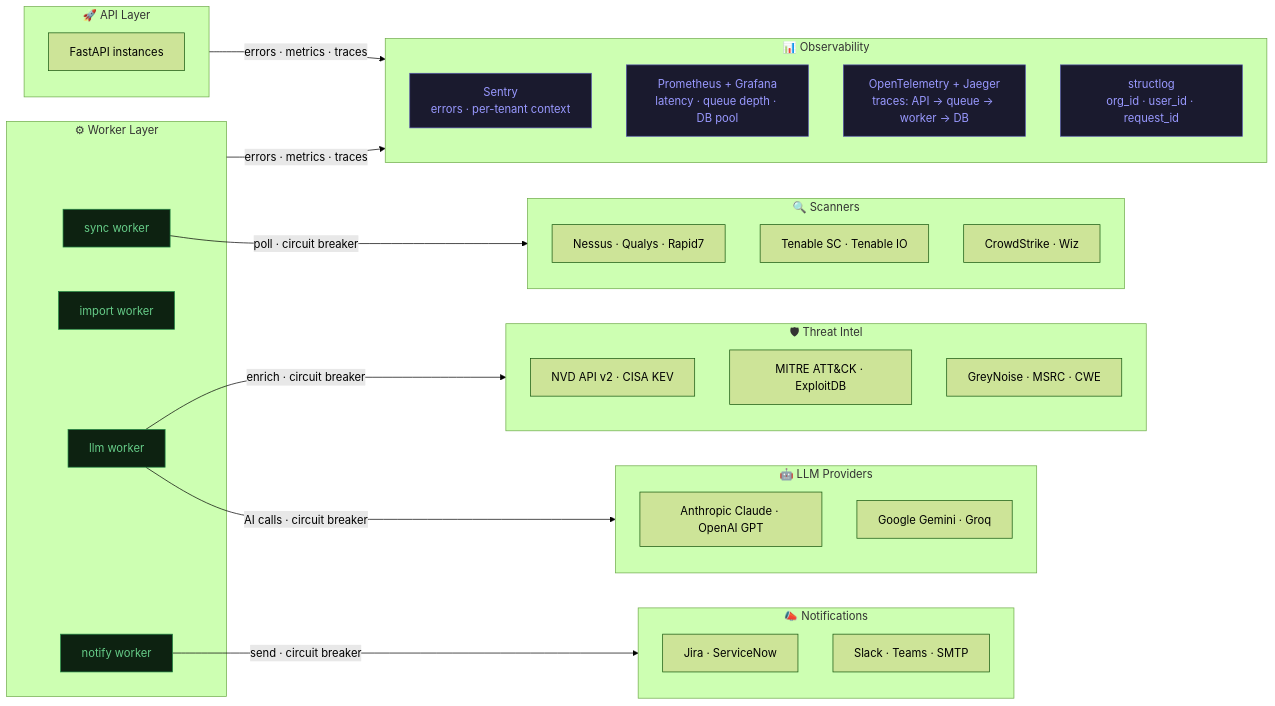
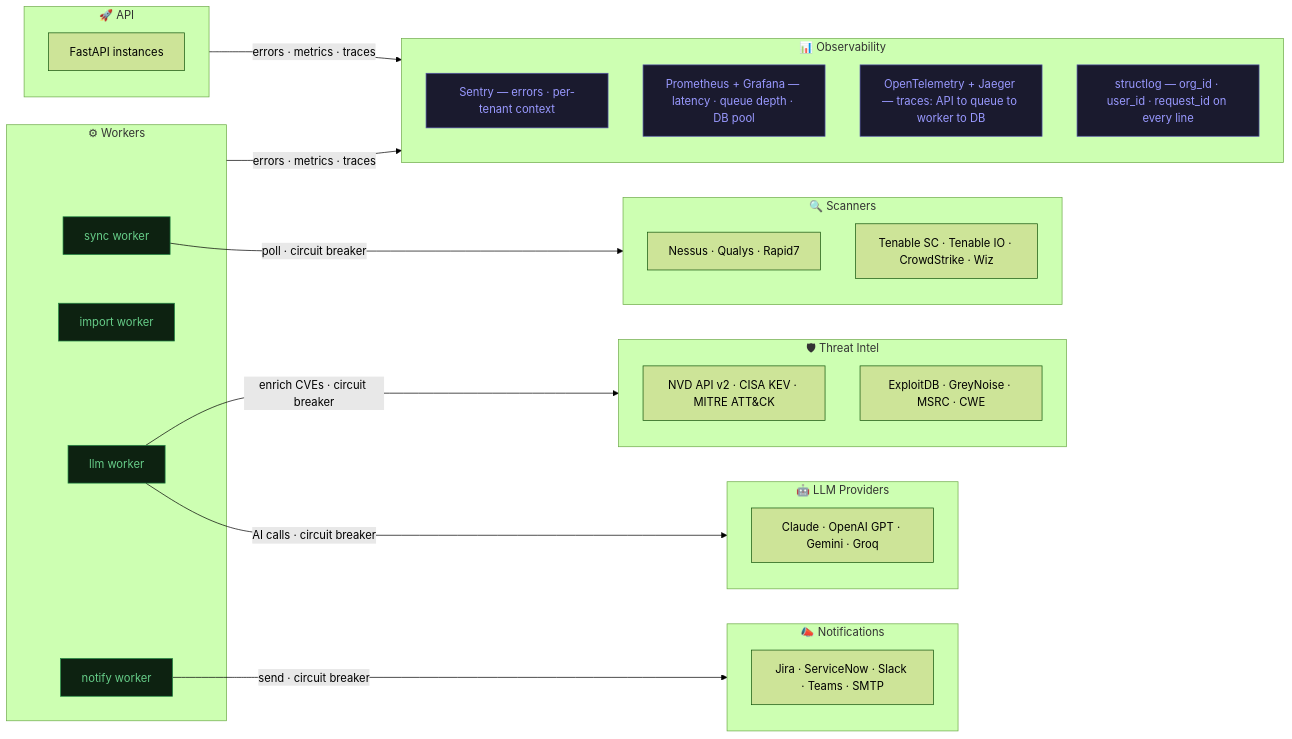
One commit to MrAnde7son/hakuna changed the third of 4 diagrams in docs/architecture-scalability.md. Above: the diagram before and after it, drawn with Mermaid (forest theme). The commit also changed other lines of this file and 5 other files, not shown here.

````diff
--- a/docs/architecture-scalability.md
+++ b/docs/architecture-scalability.md
@@ -136,60 +125,52 @@
 ```mermaid
 flowchart LR
-    subgraph WK["⚙ Worker Layer"]
+    subgraph WK["⚙ Workers"]
         WS["sync worker"]
         WI["import worker"]
         WL["llm worker"]
         WN["notify worker"]
     end
 
-    subgraph AP["🚀 API Layer"]
+    subgraph AP["🚀 API"]
         A1["FastAPI instances"]
     end
 
     subgraph SC["🔍 Scanners"]
-        direction TB
         s1["Nessus · Qualys · Rapid7"]
-        s2["Tenable SC · Tenable IO"]
-        s3["CrowdStrike · Wiz"]
+        s2["Tenable SC · Tenable IO · CrowdStrike · Wiz"]
     end
 
     subgraph TI["🛡 Threat Intel"]
-        direction TB
-        t1["NVD API v2 · CISA KEV"]
-        t2["MITRE ATT&CK · ExploitDB"]
-        t3["GreyNoise · MSRC · CWE"]
+        t1["NVD API v2 · CISA KEV · MITRE ATT&CK"]
+        t2["ExploitDB · GreyNoise · MSRC · CWE"]
     end
 
     subgraph LM["🤖 LLM Providers"]
-        direction TB
-        l1["Anthropic Claude · OpenAI GPT"]
-        l2["Google Gemini · Groq"]
+        l1["Claude · OpenAI GPT · Gemini · Groq"]
     end
 
     subgraph NT["📣 Notifications"]
-        direction TB
-        n1["Jira · ServiceNow"]
-        n2["Slack · Teams · SMTP"]
+        n1["Jira · ServiceNow · Slack · Teams · SMTP"]
     end
 
     subgraph OB["📊 Observability"]
-        direction TB
-        SE["Sentry<br/>errors · per-tenant context"]
-        PM["Prometheus + Grafana<br/>latency · queue depth · DB pool"]
-        OT["OpenTelemetry + Jaeger<br/>traces: API → queue → worker → DB"]
-        LG["structlog<br/>org_id · user_id · request_id"]
+        SE["Sentry — errors · per-tenant context"]
+        PM["Prometheus + Grafana — latency · queue depth · DB pool"]
+        OT["OpenTelemetry + Jaeger — traces: API to queue to worker to DB"]
+        LG["structlog — org_id · user_id · request_id on every line"]
     end
 
     WS -->|poll · circuit breaker| SC
-    WL -->|enrich · circuit breaker| TI
+    WL -->|enrich CVEs · circuit breaker| TI
     WL -->|AI calls · circuit breaker| LM
     WN -->|send · circuit breaker| NT
 
     AP -->|errors · metrics · traces| OB
     WK -->|errors · metrics · traces| OB
 
     classDef worker fill:#0d2211,stroke:#228844,color:#66cc88
     classDef obs fill:#1a1a2e,stroke:#5555aa,color:#9999ff
+
     class WS,WI,WL,WN worker
     class SE,PM,OT,LG obs
 ```
````
